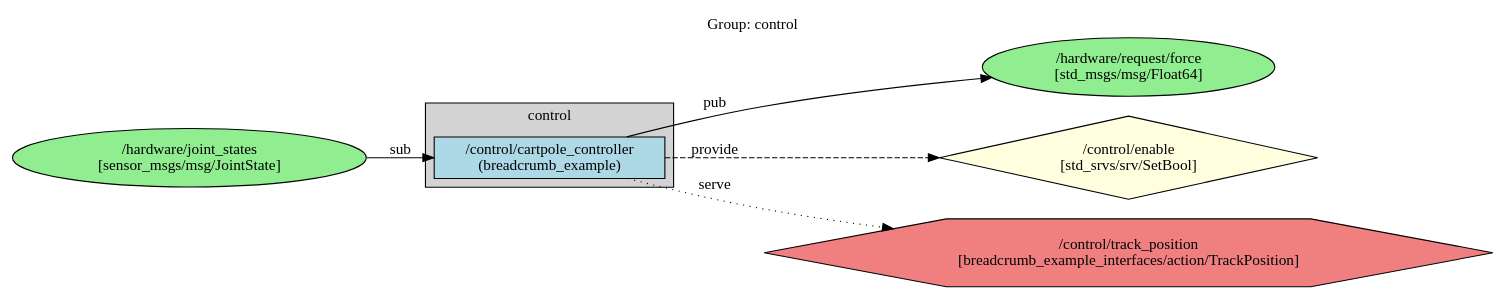
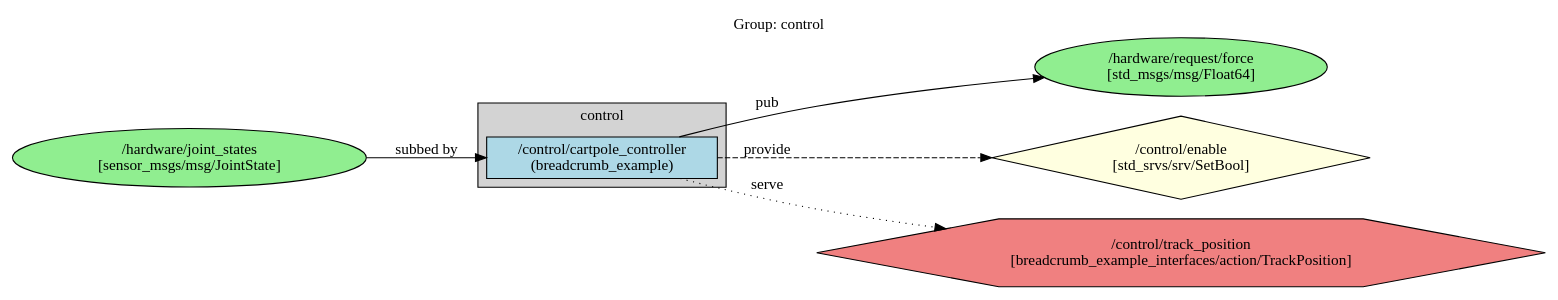
Before and after one commit to greenforge-labs/breadcrumb: the diagram in breadcrumb_example/ros_graphs/graph_group_control.dot, drawn with Graphviz. The commit also changed 8 other files, not shown here.

```diff
--- a/breadcrumb_example/ros_graphs/graph_group_control.dot
+++ b/breadcrumb_example/ros_graphs/graph_group_control.dot
@@ -1,36 +1,36 @@
 digraph ROS2Group_control {
   rankdir=LR;
   node [shape=box];
   label="Group: control";
   labelloc=t;
 
   subgraph cluster_control {
     label="control";
     style=filled;
     fillcolor=lightgrey;
 
     // Group Nodes
     "/control/cartpole_controller" [label="/control/cartpole_controller\n(breadcrumb_example)", style=filled, fillcolor=lightblue];
   }
 
   // External Topics
   "/hardware/joint_states" [label="/hardware/joint_states\n[sensor_msgs/msg/JointState]", shape=ellipse, style=filled, fillcolor=lightgreen];
   "/hardware/request/force" [label="/hardware/request/force\n[std_msgs/msg/Float64]", shape=ellipse, style=filled, fillcolor=lightgreen];
 
   // External Services
   "/control/enable" [label="/control/enable\n[std_srvs/srv/SetBool]", shape=diamond, style=filled, fillcolor=lightyellow];
 
   // External Actions
   "/control/track_position" [label="/control/track_position\n[breadcrumb_example_interfaces/action/TrackPosition]", shape=hexagon, style=filled, fillcolor=lightcoral];
 
   // External Topic Edges
-  "/hardware/joint_states" -> "/control/cartpole_controller" [label="sub"];
+  "/hardware/joint_states" -> "/control/cartpole_controller" [label="subbed by"];
   "/control/cartpole_controller" -> "/hardware/request/force" [label="pub"];
 
   // External Service Edges
   "/control/cartpole_controller" -> "/control/enable" [label="provide", style=dashed];
 
   // External Action Edges
   "/control/cartpole_controller" -> "/control/track_position" [label="serve", style=dotted];
 
 }
```
